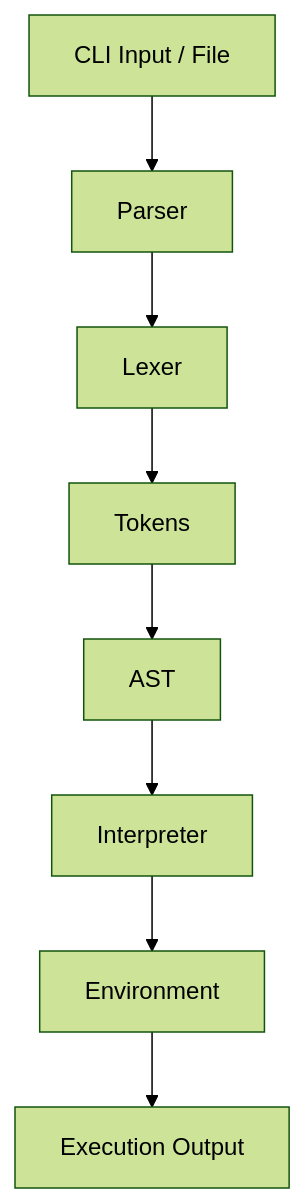
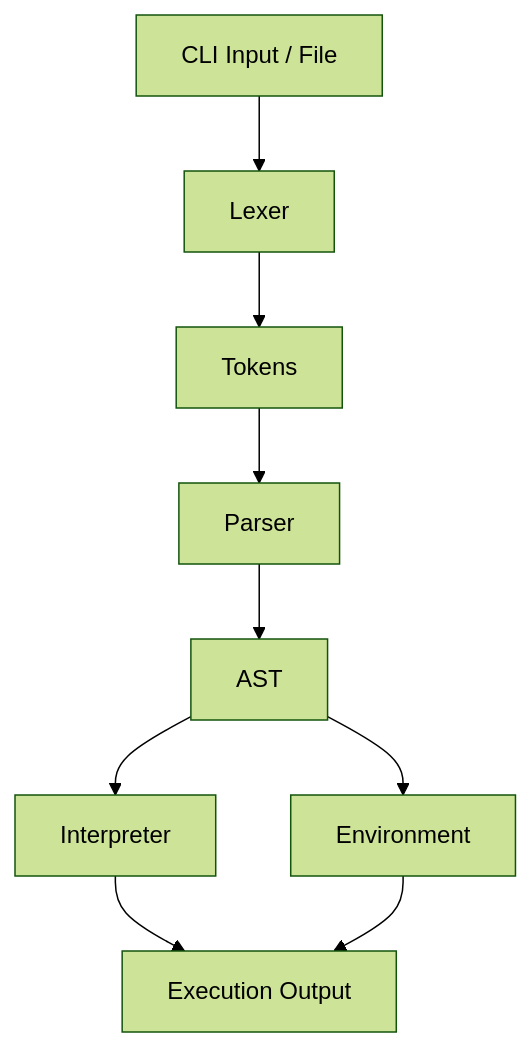
One commit to kin-lang/kin changed the diagram in ARCHITECTURE.md. Above: the diagram before and after it, drawn with Mermaid (forest theme). The commit also changed other lines of this file, not shown here.

Commit message:
docs: built-in methods & evaluation diagram

````diff
--- a/ARCHITECTURE.md
+++ b/ARCHITECTURE.md
@@ -176,10 +202,10 @@
 ```mermaid
 graph TD
-    A[CLI Input / File] --> B[Parser]
-    B --> C[Lexer]
-    C --> D[Tokens]
+    A[CLI Input / File] --> B[Lexer]
+    B --> C[Tokens]
+    C --> D[Parser]
     D --> E[AST]
     E --> F[Interpreter]
-    F --> G[Environment]
-    G --> H[Execution Output]
+    E --> G[Environment]
+    F & G --> H[Execution Output]
 ```
````
